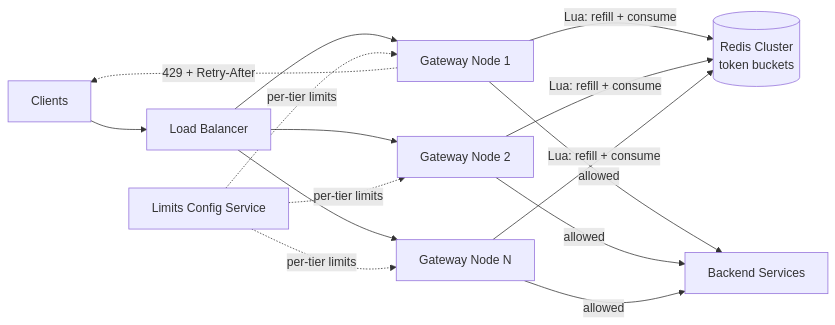
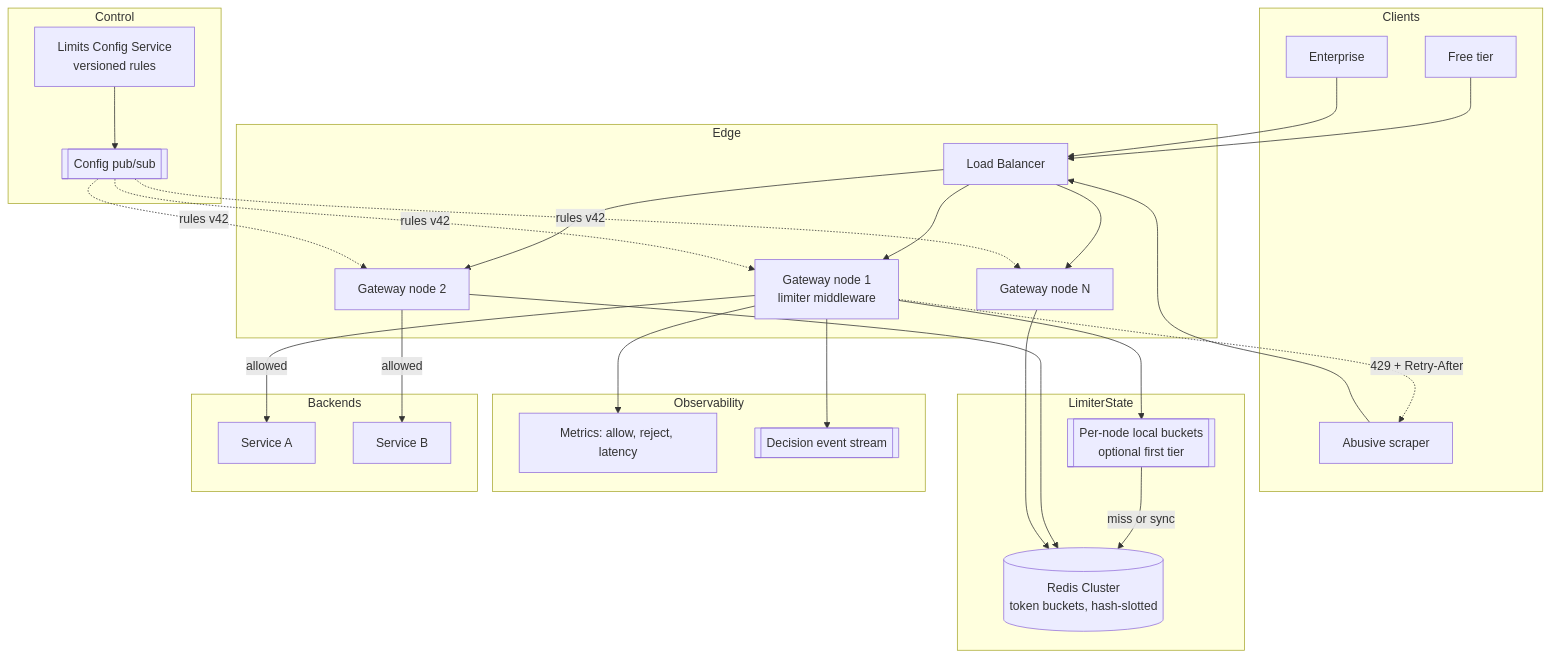
Before and after one commit to sameeralam3127/system-design-365: the third of 18 diagrams in docs/case-studies/002-rate-limiter.md, drawn with Mermaid. The commit also changed other lines of this file and 2 other files, not shown here.

````diff
--- a/docs/case-studies/002-rate-limiter.md
+++ b/docs/case-studies/002-rate-limiter.md
@@ -68,11 +251,55 @@
 ```mermaid
-flowchart LR
-  C[Clients] --> LB[Load Balancer]
-  LB --> GW1[Gateway Node 1]
-  LB --> GW2[Gateway Node 2]
-  LB --> GWn[Gateway Node N]
-  GW1 & GW2 & GWn -->|Lua: refill + consume| R[(Redis Cluster<br/>token buckets)]
-  GW1 & GW2 & GWn -->|allowed| S[Backend Services]
-  GW1 -.->|429 + Retry-After| C
-  CFG[Limits Config Service] -.->|per-tier limits| GW1 & GW2 & GWn
+flowchart TB
+  subgraph Clients
+    C1[Free tier]
+    C2[Enterprise]
+    C3[Abusive scraper]
+  end
+
+  subgraph Edge
+    LB[Load Balancer]
+    GW1[Gateway node 1<br/>limiter middleware]
+    GW2[Gateway node 2]
+    GWn[Gateway node N]
+  end
+
+  subgraph LimiterState
+    L1[[Per-node local buckets<br/>optional first tier]]
+    RD[("Redis Cluster<br/>token buckets, hash-slotted")]
+  end
+
+  subgraph Control
+    CFG[Limits Config Service<br/>versioned rules]
+    PUB[[Config pub/sub]]
+  end
+
+  subgraph Observability
+    M[Metrics: allow, reject, latency]
+    EV[[Decision event stream]]
+  end
+
+  subgraph Backends
+    S1[Service A]
+    S2[Service B]
+  end
+
+  C1 --> LB
+  C2 --> LB
+  C3 --> LB
+  LB --> GW1
+  LB --> GW2
+  LB --> GWn
+  GW1 --> L1
+  L1 -->|miss or sync| RD
+  GW2 --> RD
+  GWn --> RD
+  CFG --> PUB
+  PUB -.->|rules v42| GW1
+  PUB -.->|rules v42| GW2
+  PUB -.->|rules v42| GWn
+  GW1 -->|allowed| S1
+  GW2 -->|allowed| S2
+  GW1 -.->|429 + Retry-After| C3
+  GW1 --> M
+  GW1 --> EV
 ```
````
